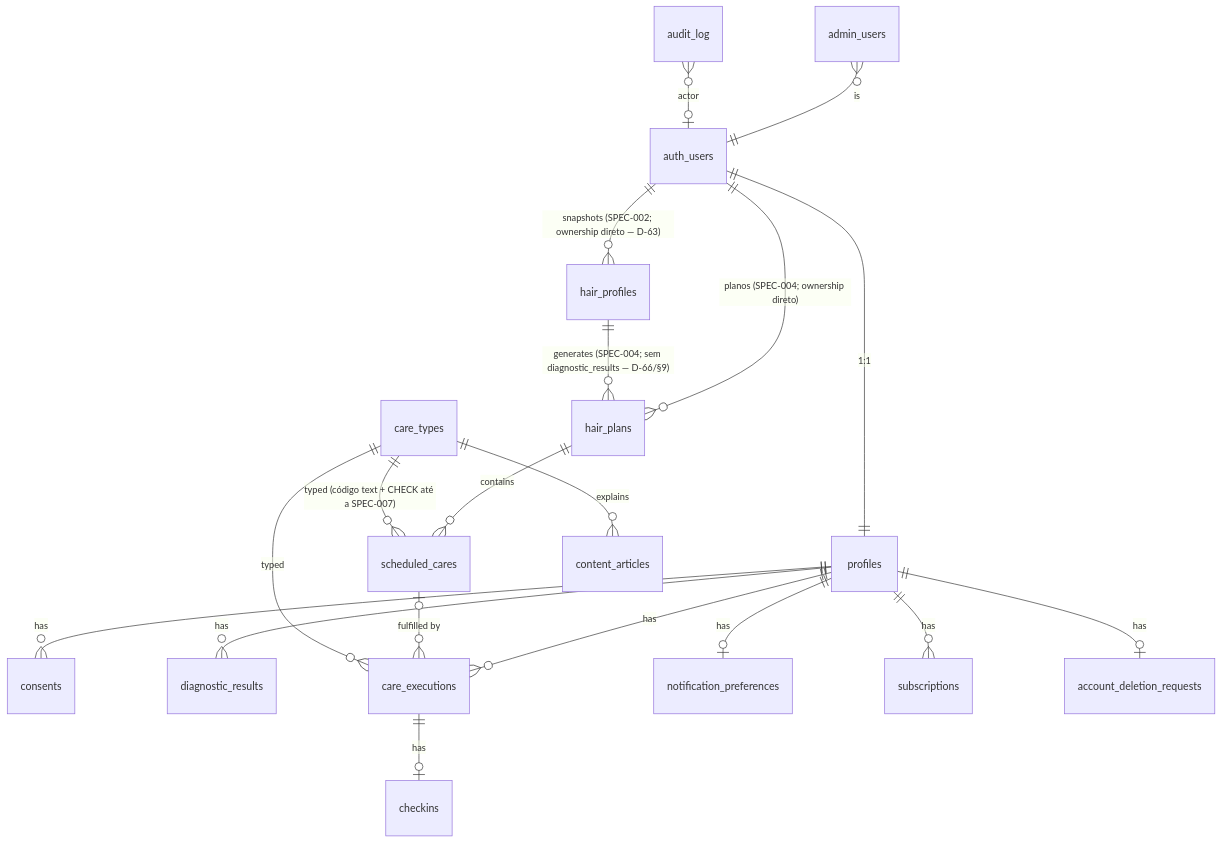
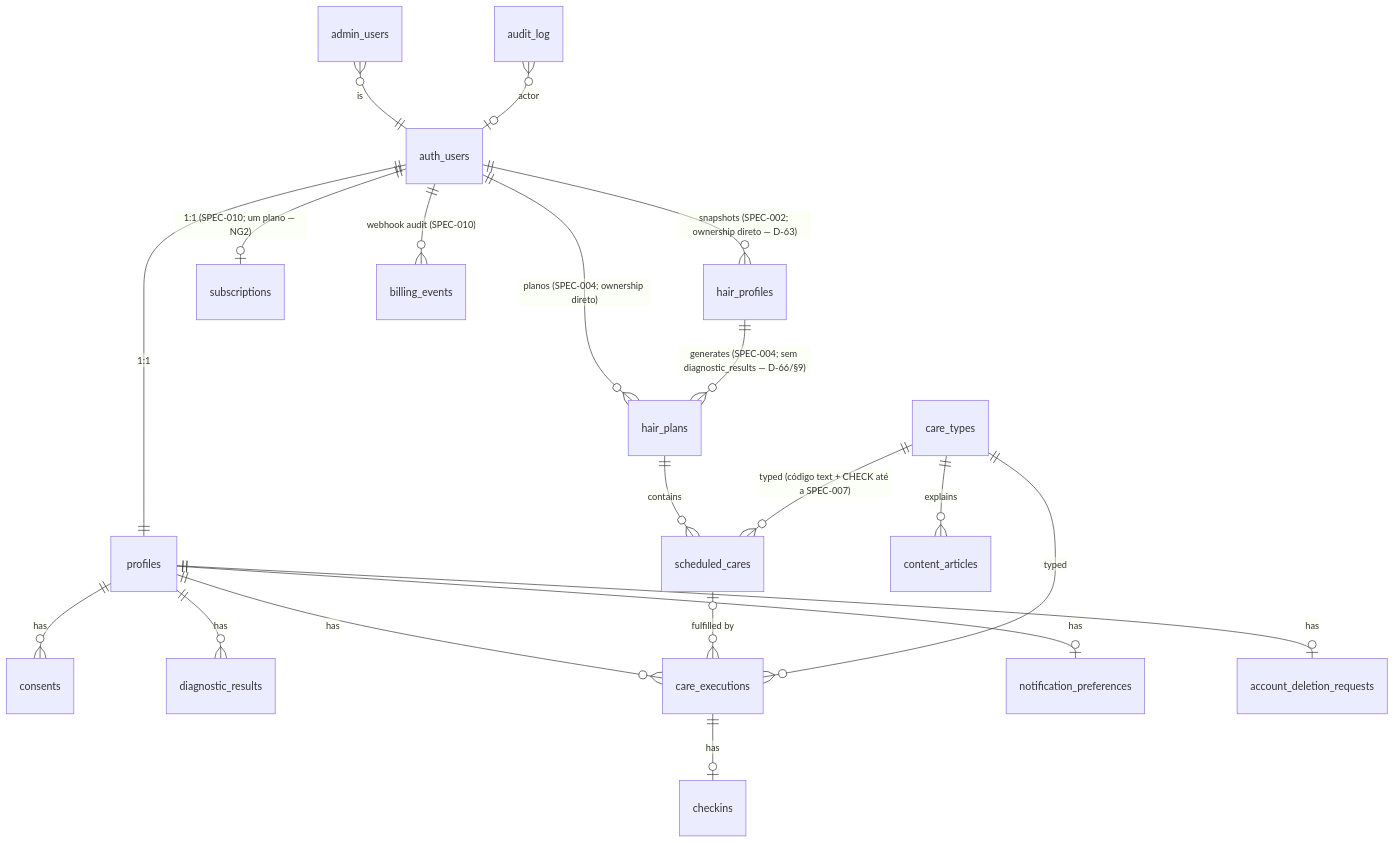
Before and after one commit to gabrielfmorais/Aplicativo-Sass: the diagram in docs/architecture/DATA-MODEL.md, drawn with Mermaid. The commit also changed other lines of this file and 6 other files, not shown here.

````diff
--- a/docs/architecture/DATA-MODEL.md
+++ b/docs/architecture/DATA-MODEL.md
@@ -31,21 +31,22 @@
 ```mermaid
 erDiagram
     auth_users ||--|| profiles : "1:1"
     profiles ||--o{ consents : has
     auth_users ||--o{ hair_profiles : "snapshots (SPEC-002; ownership direto — D-63)"
     auth_users ||--o{ hair_plans : "planos (SPEC-004; ownership direto)"
     profiles ||--o{ diagnostic_results : has
     profiles ||--o{ care_executions : has
     profiles ||--o| notification_preferences : has
-    profiles ||--o{ subscriptions : has
+    auth_users ||--o| subscriptions : "1:1 (SPEC-010; um plano — NG2)"
+    auth_users ||--o{ billing_events : "webhook audit (SPEC-010)"
     profiles ||--o| account_deletion_requests : has
     hair_profiles ||--o{ hair_plans : "generates (SPEC-004; sem diagnostic_results — D-66/§9)"
     hair_plans ||--o{ scheduled_cares : contains
     scheduled_cares o|--o{ care_executions : "fulfilled by"
     care_executions ||--o| checkins : has
     care_types ||--o{ scheduled_cares : "typed (código text + CHECK até a SPEC-007)"
     care_types ||--o{ care_executions : typed
     care_types ||--o{ content_articles : explains
     admin_users }o--|| auth_users : is
     audit_log }o--o| auth_users : actor
 ```
````
